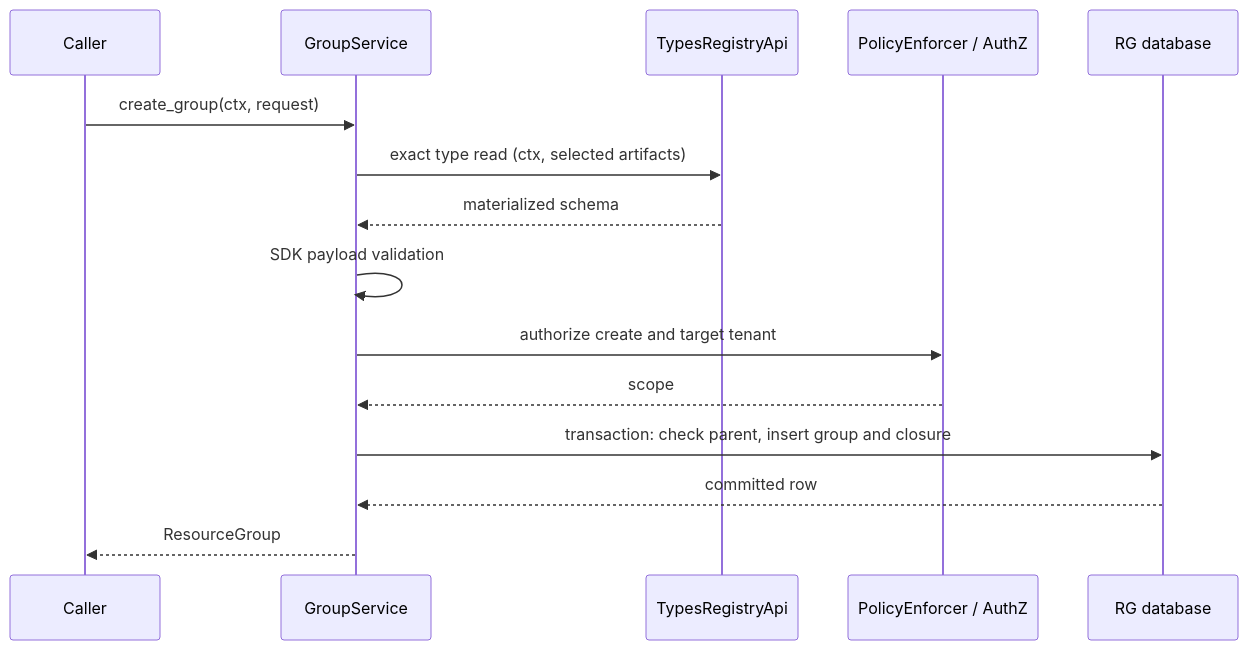
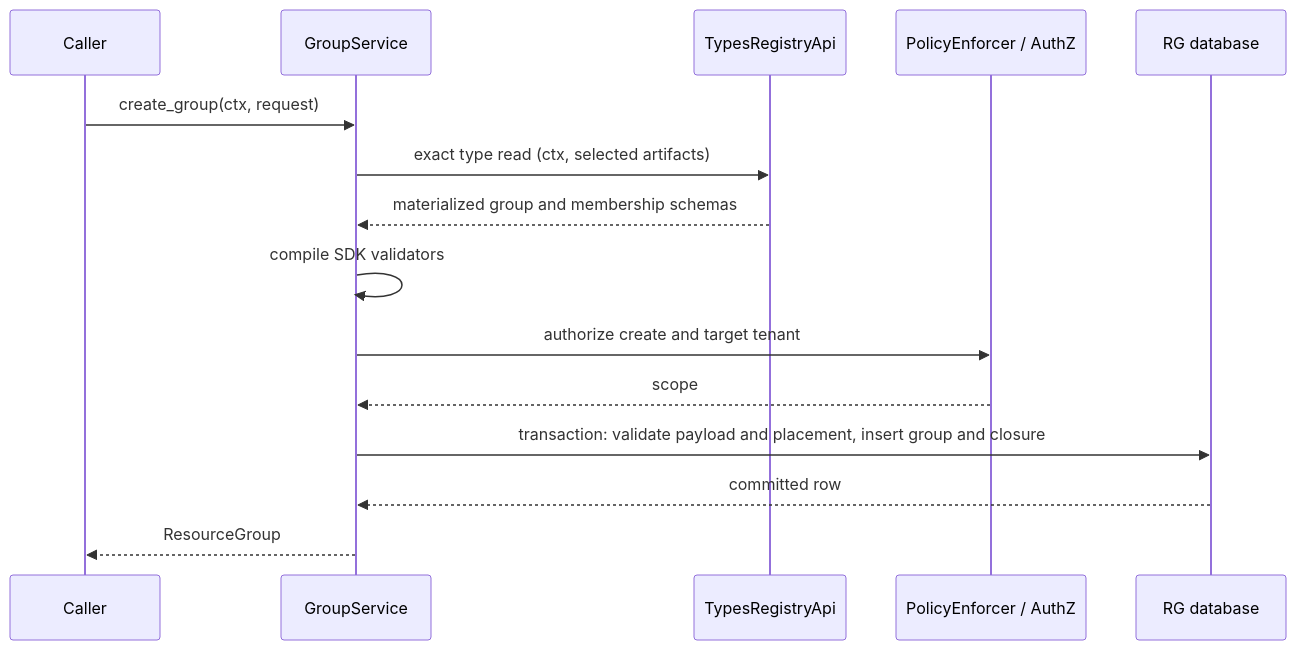
One commit to constructorfabric/gears-rust changed the second of 2 diagrams in gears/system/resource-group/docs/DESIGN.md. Above: the diagram before and after it, drawn with Mermaid. The commit also changed other lines of this file and 37 other files, not shown here.

````diff
--- a/gears/system/resource-group/docs/DESIGN.md
+++ b/gears/system/resource-group/docs/DESIGN.md
@@ -486,17 +476,17 @@
 ```mermaid
 sequenceDiagram
     participant Caller
     participant RG as GroupService
     participant TR as TypesRegistryApi
     participant PDP as PolicyEnforcer / AuthZ
     participant DB as RG database
     Caller->>RG: create_group(ctx, request)
     RG->>TR: exact type read (ctx, selected artifacts)
-    TR-->>RG: materialized schema
-    RG->>RG: SDK payload validation
+    TR-->>RG: materialized group and membership schemas
+    RG->>RG: compile SDK validators
     RG->>PDP: authorize create and target tenant
     PDP-->>RG: scope
-    RG->>DB: transaction: check parent, insert group and closure
+    RG->>DB: transaction: validate payload and placement, insert group and closure
     DB-->>RG: committed row
     RG-->>Caller: ResourceGroup
 ```
````
